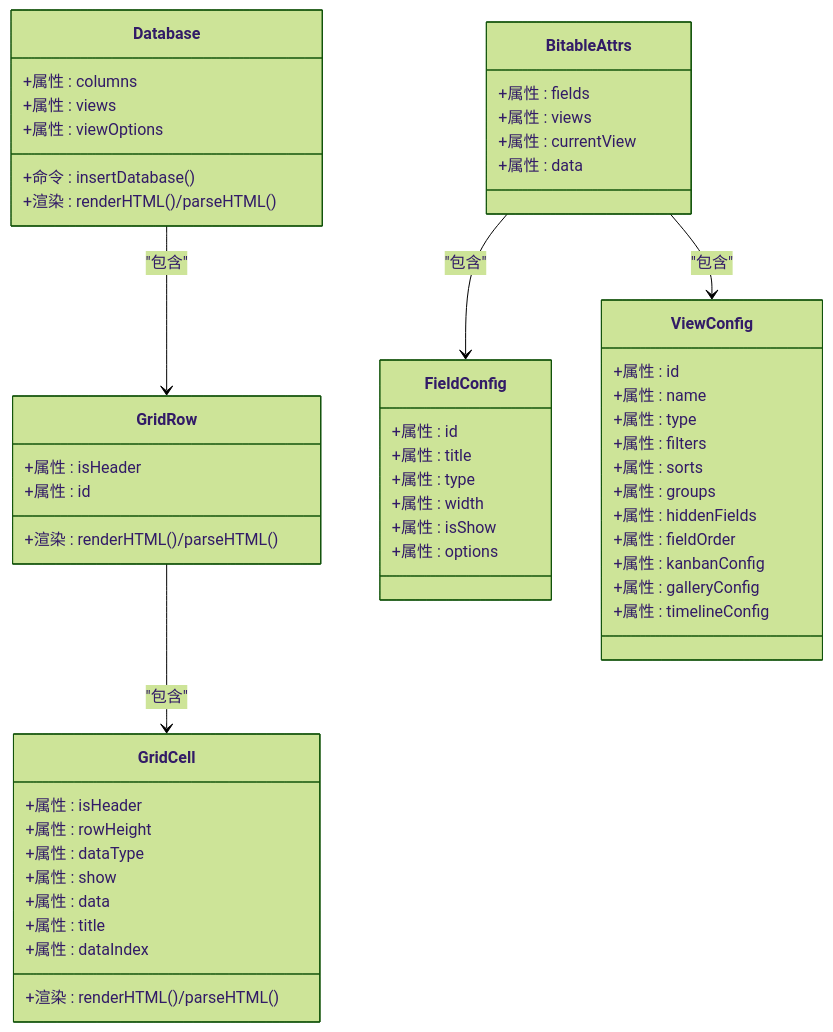
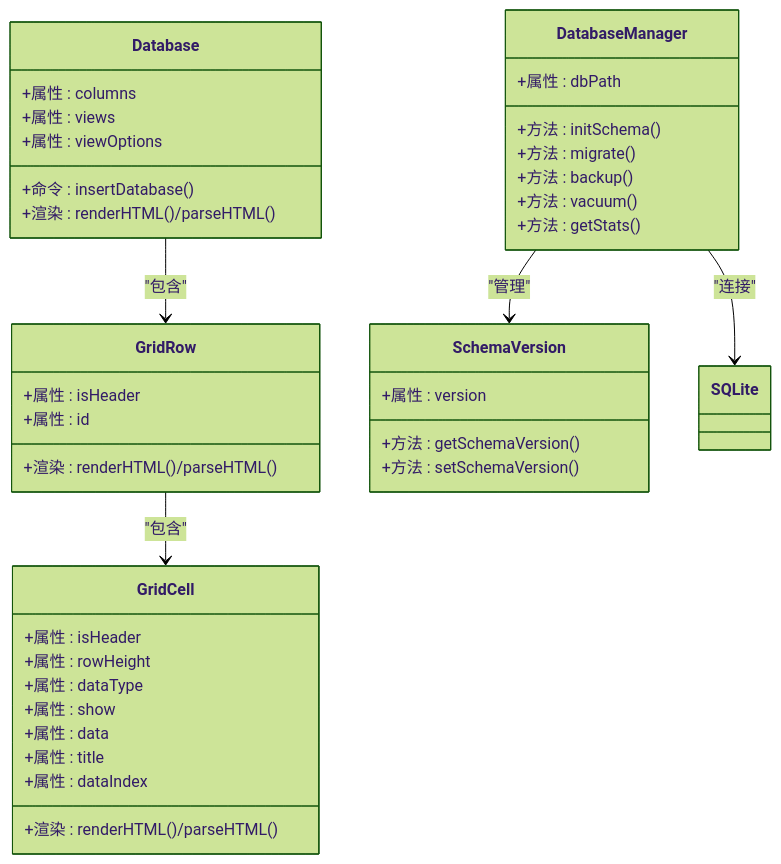
Before and after one commit to LRF0422/Kotion: the third of 8 diagrams in .qoder/repowiki/zh/content/功能模块/数据库插件/数据库插件.md, drawn with Mermaid (forest theme). The commit also changed other lines of this file and 75 other files, not shown here.

````diff
--- a/.qoder/repowiki/zh/content/功能模块/数据库插件/数据库插件.md
+++ b/.qoder/repowiki/zh/content/功能模块/数据库插件/数据库插件.md
@@ -216,56 +231,42 @@
 ```mermaid
 classDiagram
 class Database {
 +属性 : columns
 +属性 : views
 +属性 : viewOptions
 +命令 : insertDatabase()
 +渲染 : renderHTML()/parseHTML()
 }
 class GridRow {
 +属性 : isHeader
 +属性 : id
 +渲染 : renderHTML()/parseHTML()
 }
 class GridCell {
 +属性 : isHeader
 +属性 : rowHeight
 +属性 : dataType
 +属性 : show
 +属性 : data
 +属性 : title
 +属性 : dataIndex
 +渲染 : renderHTML()/parseHTML()
 }
-class BitableAttrs {
-+属性 : fields
-+属性 : views
-+属性 : currentView
-+属性 : data
+class DatabaseManager {
++属性 : dbPath
++方法 : initSchema()
++方法 : migrate()
++方法 : backup()
++方法 : vacuum()
++方法 : getStats()
 }
-class FieldConfig {
-+属性 : id
-+属性 : title
-+属性 : type
-+属性 : width
-+属性 : isShow
-+属性 : options
-}
-class ViewConfig {
-+属性 : id
-+属性 : name
-+属性 : type
-+属性 : filters
-+属性 : sorts
-+属性 : groups
-+属性 : hiddenFields
-+属性 : fieldOrder
-+属性 : kanbanConfig
-+属性 : galleryConfig
-+属性 : timelineConfig
+class SchemaVersion {
++属性 : version
++方法 : getSchemaVersion()
++方法 : setSchemaVersion()
 }
 Database --> GridRow : "包含"
 GridRow --> GridCell : "包含"
-BitableAttrs --> FieldConfig : "包含"
-BitableAttrs --> ViewConfig : "包含"
+DatabaseManager --> SchemaVersion : "管理"
+DatabaseManager --> SQLite : "连接"
 ```
````
